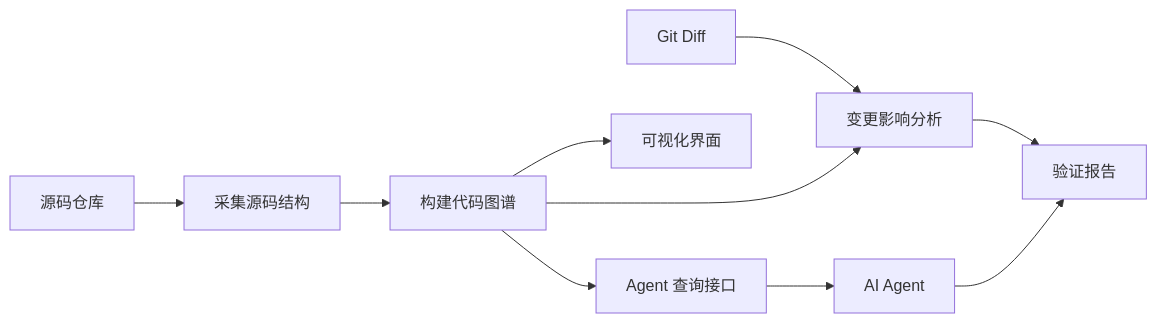
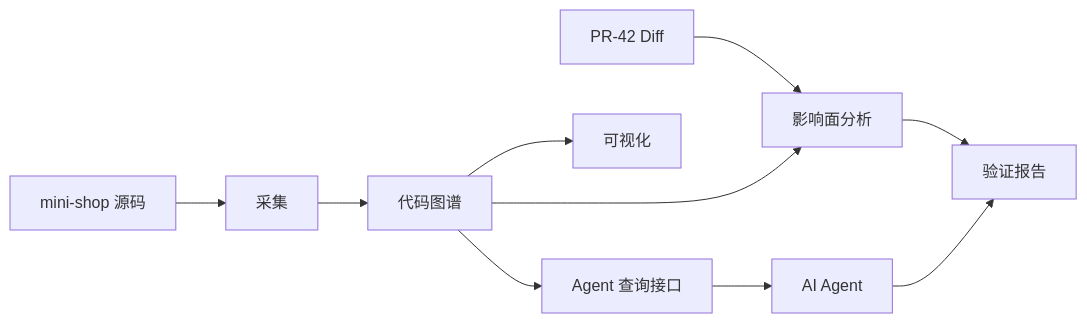
One commit to shawnxie94/code-visualization-book changed the diagram in part6/mini-code-understanding-system.md. Above: the diagram before and after it, drawn with Mermaid. The commit also changed other lines of this file and 92 other files, not shown here.

````diff
--- a/part6/mini-code-understanding-system.md
+++ b/part6/mini-code-understanding-system.md
@@ -7,12 +22,12 @@
 ```mermaid
 flowchart LR
-  Repo["源码仓库"] --> Collector["采集源码结构"]
-  Collector --> Graph["构建代码图谱"]
-  Diff["Git Diff"] --> Impact["变更影响分析"]
-  Graph --> Impact
-  Graph --> UI["可视化界面"]
-  Graph --> API["Agent 查询接口"]
-  Impact --> Report["验证报告"]
-  API --> Agent["AI Agent"]
-  Agent --> Report
+ Repo[mini-shop 源码] --> Collector[采集]
+ Collector --> Graph[代码图谱]
+ Diff[PR-42 Diff] --> Impact[影响面分析]
+ Graph --> Impact
+ Graph --> UI[可视化]
+ Graph --> API[Agent 查询接口]
+ Impact --> Report[验证报告]
+ API --> Agent[AI Agent]
+ Agent --> Report
 ```
````
